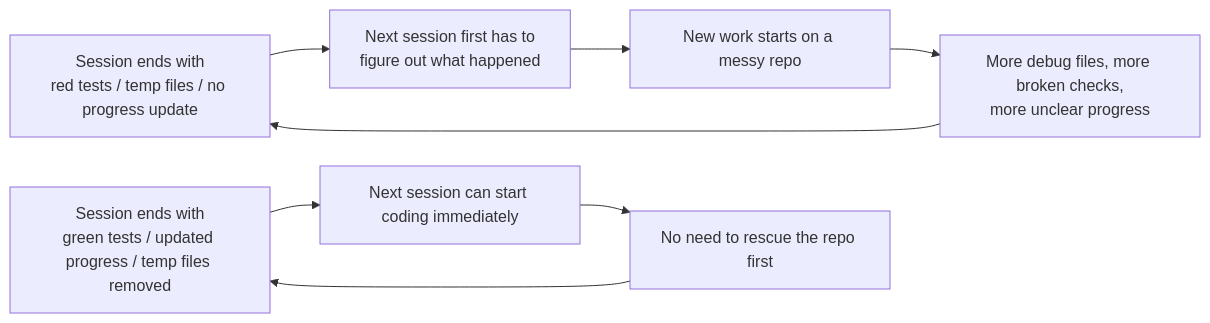
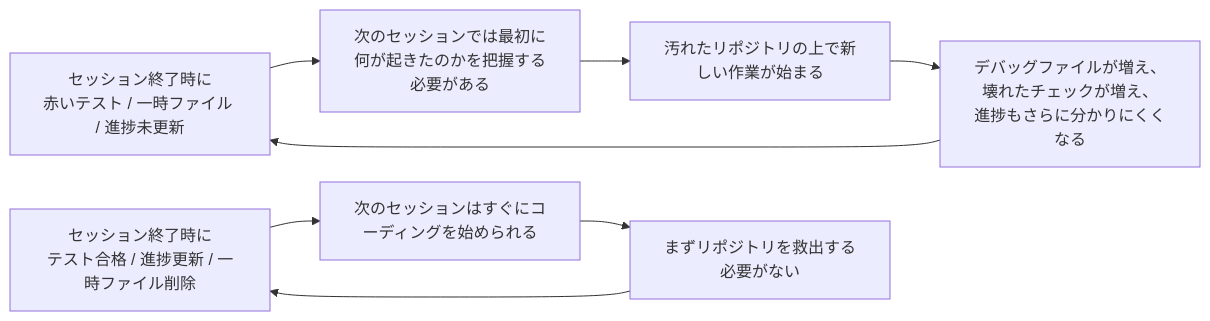
The second of 2 diagrams in docs/en/lectures/lecture-12-why-every-session-must-leave-a-clean-state/index.md (mkusaka/learn-harness-engineering), drawn with Mermaid before and after one commit. The commit also changed other lines of this file and 571 other files, not shown here.

````diff
--- a/docs/en/lectures/lecture-12-why-every-session-must-leave-a-clean-state/index.md
+++ b/docs/en/lectures/lecture-12-why-every-session-must-leave-a-clean-state/index.md
@@ -39,11 +39,11 @@
 ```mermaid
 flowchart LR
-    Dirty["Session ends with<br/>red tests / temp files / no progress update"] --> Diagnose["Next session first has to<br/>figure out what happened"]
-    Diagnose --> Fragile["New work starts on a messy repo"]
-    Fragile --> More["More debug files, more broken checks,<br/>more unclear progress"]
+    Dirty["セッション終了時に<br/>赤いテスト / 一時ファイル / 進捗未更新"] --> Diagnose["次のセッションでは最初に<br/>何が起きたのかを把握する必要がある"]
+    Diagnose --> Fragile["汚れたリポジトリの上で新しい作業が始まる"]
+    Fragile --> More["デバッグファイルが増え、壊れたチェックが増え、<br/>進捗もさらに分かりにくくなる"]
     More --> Dirty
 
-    Clean["Session ends with<br/>green tests / updated progress / temp files removed"] --> Fast["Next session can start coding immediately"]
-    Fast --> Stable["No need to rescue the repo first"]
+    Clean["セッション終了時に<br/>テスト合格 / 進捗更新 / 一時ファイル削除"] --> Fast["次のセッションはすぐにコーディングを始められる"]
+    Fast --> Stable["まずリポジトリを救出する必要がない"]
     Stable --> Clean
 ```
````
